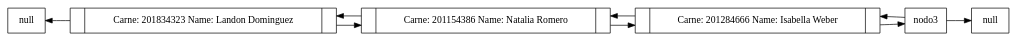
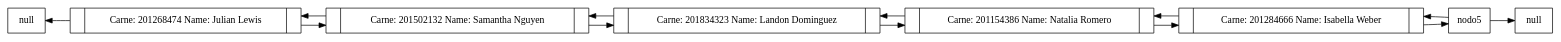
One commit to myantoniob/EDD_1S2023_PY_201602939 changed the diagram in EDD_Proyecto1_Fase1/src/begin/dot/listadoble.dot. Above: the diagram before and after it, drawn with Graphviz. The commit also changed 8 other files, not shown here.

```diff
--- a/EDD_Proyecto1_Fase1/src/begin/dot/listadoble.dot
+++ b/EDD_Proyecto1_Fase1/src/begin/dot/listadoble.dot
@@ -1,17 +1,23 @@
 digraph lista{
 rankdir=LR;
 node[shape = record];
 nodonull1[label="null"];
 nodonull2[label="null"];
-nodo0[label="{|Carne: 201834323 Name: Landon Dominguez|}"];
-nodo1[label="{|Carne: 201154386 Name: Natalia Romero|}"];
-nodo2[label="{|Carne: 201284666 Name: Isabella Weber|}"];
+nodo0[label="{|Carne: 201268474 Name: Julian Lewis|}"];
+nodo1[label="{|Carne: 201502132 Name: Samantha Nguyen|}"];
+nodo2[label="{|Carne: 201834323 Name: Landon Dominguez|}"];
+nodo3[label="{|Carne: 201154386 Name: Natalia Romero|}"];
+nodo4[label="{|Carne: 201284666 Name: Isabella Weber|}"];
 nodonull1->nodo0 [dir=back];
 nodo0->nodo1;
 nodo1->nodo0;
 nodo1->nodo2;
 nodo2->nodo1;
 nodo2->nodo3;
 nodo3->nodo2;
-nodo3->nodonull2;
+nodo3->nodo4;
+nodo4->nodo3;
+nodo4->nodo5;
+nodo5->nodo4;
+nodo5->nodonull2;
 }
```
